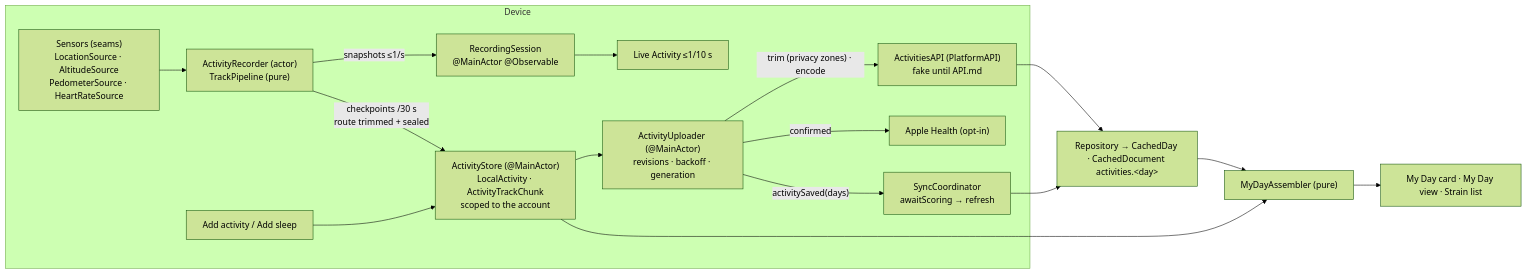
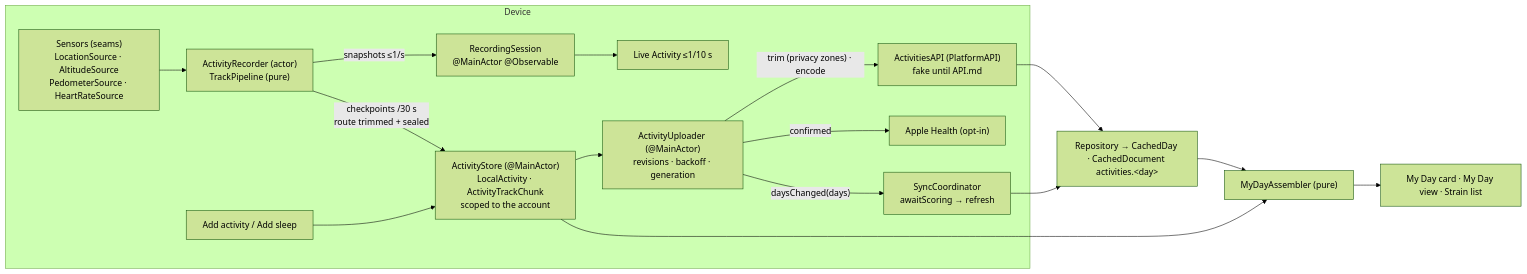
The first of 4 diagrams in docs/work/2026-10-22-my-day-activities/design.md (timkrebs/ryft-app), drawn with Mermaid (forest theme) before and after one commit. The commit also changed other lines of this file and 3 other files, not shown here.

````diff
--- a/docs/work/2026-10-22-my-day-activities/design.md
+++ b/docs/work/2026-10-22-my-day-activities/design.md
@@ -79,19 +79,19 @@
 ```mermaid
 flowchart LR
   subgraph Device
     S["Sensors (seams)<br/>LocationSource · AltitudeSource<br/>PedometerSource · HeartRateSource"] --> R["ActivityRecorder (actor)<br/>TrackPipeline (pure)"]
     R -->|"snapshots ≤1/s"| RS["RecordingSession<br/>@MainActor @Observable"]
     R -->|"checkpoints /30 s<br/>route trimmed + sealed"| ST["ActivityStore (@MainActor)<br/>LocalActivity · ActivityTrackChunk<br/>scoped to the account"]
     RS --> LA["Live Activity ≤1/10 s"]
     ADD["Add activity / Add sleep"] --> ST
     ST --> UP["ActivityUploader (@MainActor)<br/>revisions · backoff · generation"]
     UP -->|"trim (privacy zones) · encode"| API
     UP -->|"confirmed"| HK["Apple Health (opt-in)"]
-    UP -->|"activitySaved(days)"| SC["SyncCoordinator<br/>awaitScoring → refresh"]
+    UP -->|"daysChanged(days)"| SC["SyncCoordinator<br/>awaitScoring → refresh"]
   end
   API["ActivitiesAPI (PlatformAPI)<br/>fake until API.md"] --> REPO["Repository → CachedDay · CachedDocument activities.&lt;day&gt;"]
   SC --> REPO
   REPO --> MD["MyDayAssembler (pure)"]
   ST --> MD
   MD --> V["My Day card · My Day view · Strain list"]
 ```
````
